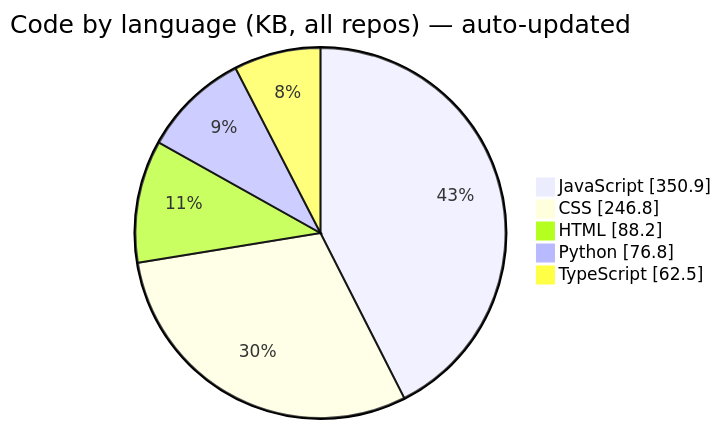
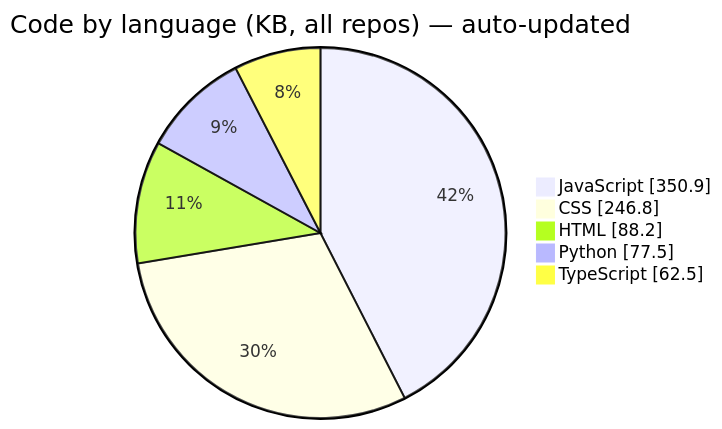
The third of 6 diagrams in README.md (Manashjyoti-Bora/Manashjyoti-Bora), drawn with Mermaid before and after one commit. The commit also changed other lines of this file and 1 other file, not shown here.

````diff
--- a/README.md
+++ b/README.md
@@ -196,9 +196,9 @@
 ```mermaid
 pie showData
     title Code by language (KB, all repos) — auto-updated
     "JavaScript" : 350.9
     "CSS" : 246.8
     "HTML" : 88.2
-    "Python" : 76.8
+    "Python" : 77.5
     "TypeScript" : 62.5
 ```
````
